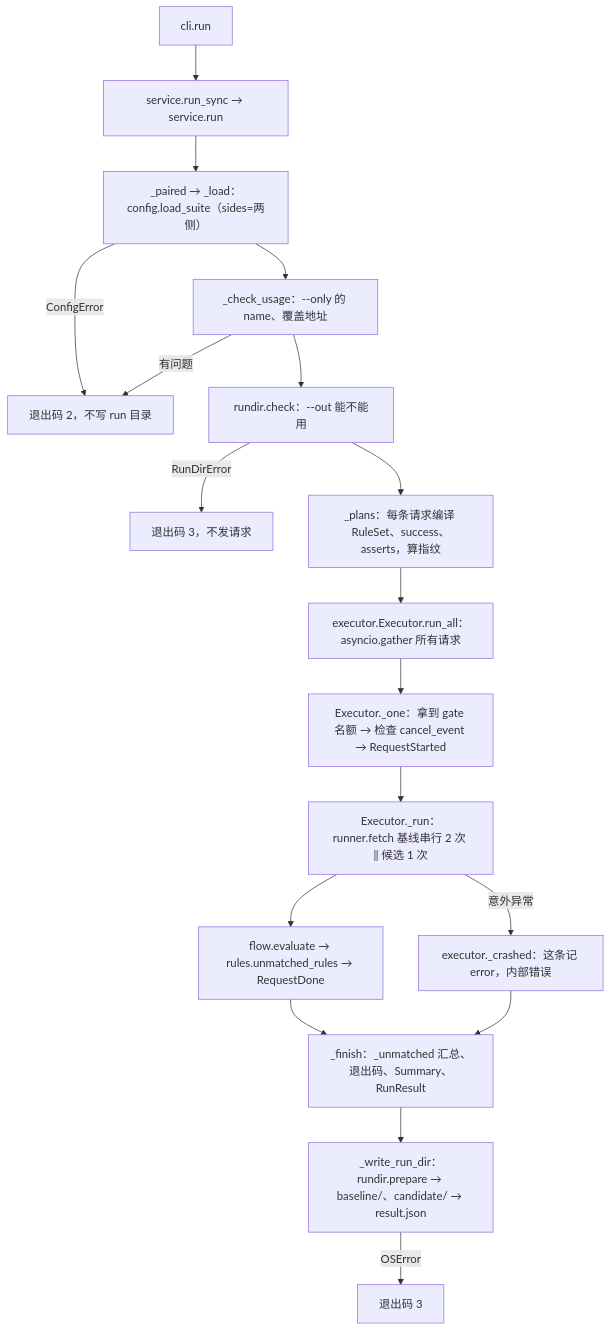
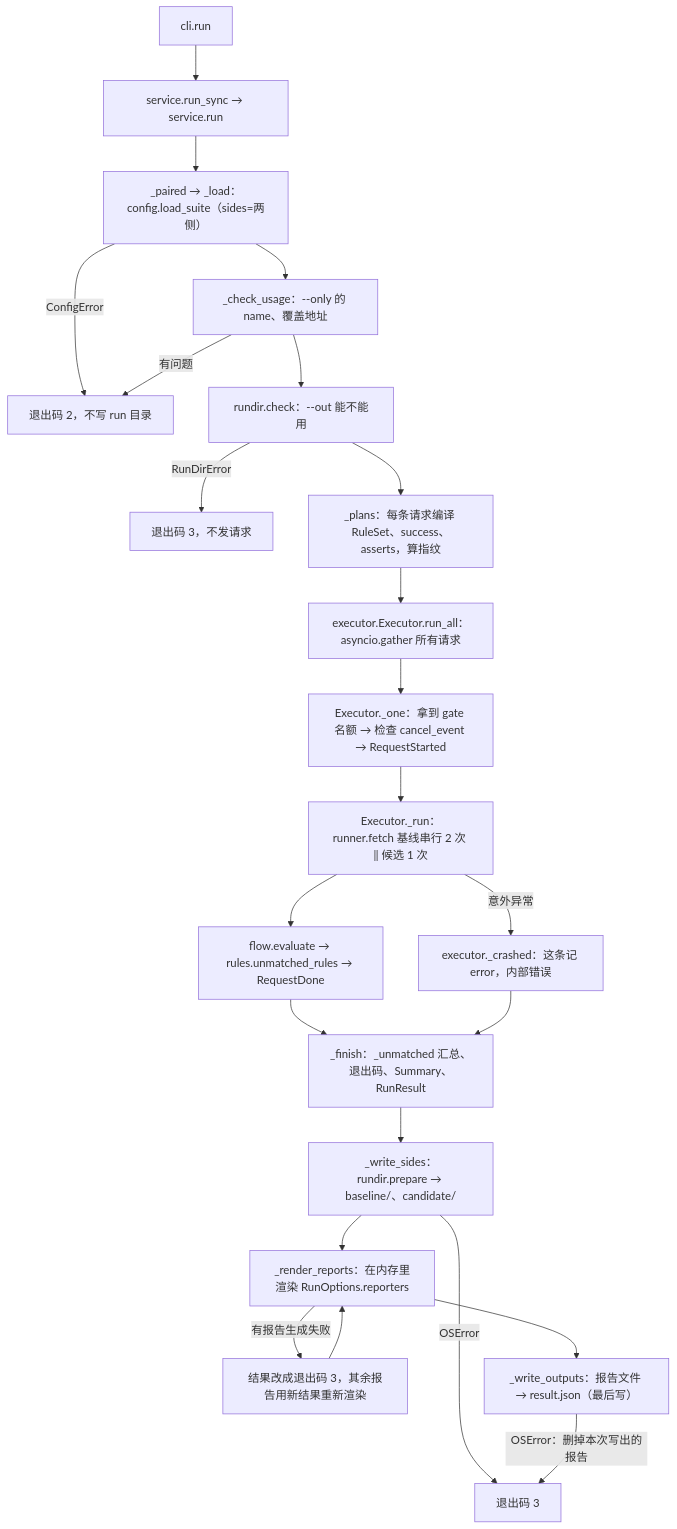
The fourth of 5 diagrams in doc/dev/architecture.md (caiuswang/api-regress), drawn with Mermaid before and after one commit. The commit also changed other lines of this file and 24 other files, not shown here.

````diff
--- a/doc/dev/architecture.md
+++ b/doc/dev/architecture.md
@@ -230,20 +243,25 @@
 ```mermaid
 flowchart TD
   A[cli.run] --> B["service.run_sync → service.run"]
   B --> C["_paired → _load：config.load_suite（sides=两侧）"]
   C -->|ConfigError| E2["退出码 2，不写 run 目录"]
   C --> O["_check_usage：--only 的 name、覆盖地址"]
   O -->|有问题| E2
   O --> K["rundir.check：--out 能不能用"]
   K -->|RunDirError| E3a["退出码 3，不发请求"]
   K --> P["_plans：每条请求编译 RuleSet、success、asserts，算指纹"]
   P --> X["executor.Executor.run_all：asyncio.gather 所有请求"]
   X --> X1["Executor._one：拿到 gate 名额 → 检查 cancel_event → RequestStarted"]
   X1 --> X2["Executor._run：runner.fetch 基线串行 2 次 ‖ 候选 1 次"]
   X2 --> F["flow.evaluate → rules.unmatched_rules → RequestDone"]
   X2 -->|意外异常| CR["executor._crashed：这条记 error，内部错误"]
   F --> R["_finish：_unmatched 汇总、退出码、Summary、RunResult"]
   CR --> R
-  R --> W["_write_run_dir：rundir.prepare → baseline/、candidate/ → result.json"]
+  R --> W["_write_sides：rundir.prepare → baseline/、candidate/"]
   W -->|OSError| E3["退出码 3"]
+  W --> RP["_render_reports：在内存里渲染 RunOptions.reporters"]
+  RP -->|有报告生成失败| E3b["结果改成退出码 3，其余报告用新结果重新渲染"]
+  E3b --> RP
+  RP --> WR["_write_outputs：报告文件 → result.json（最后写）"]
+  WR -->|OSError：删掉本次写出的报告| E3
 ```
````
